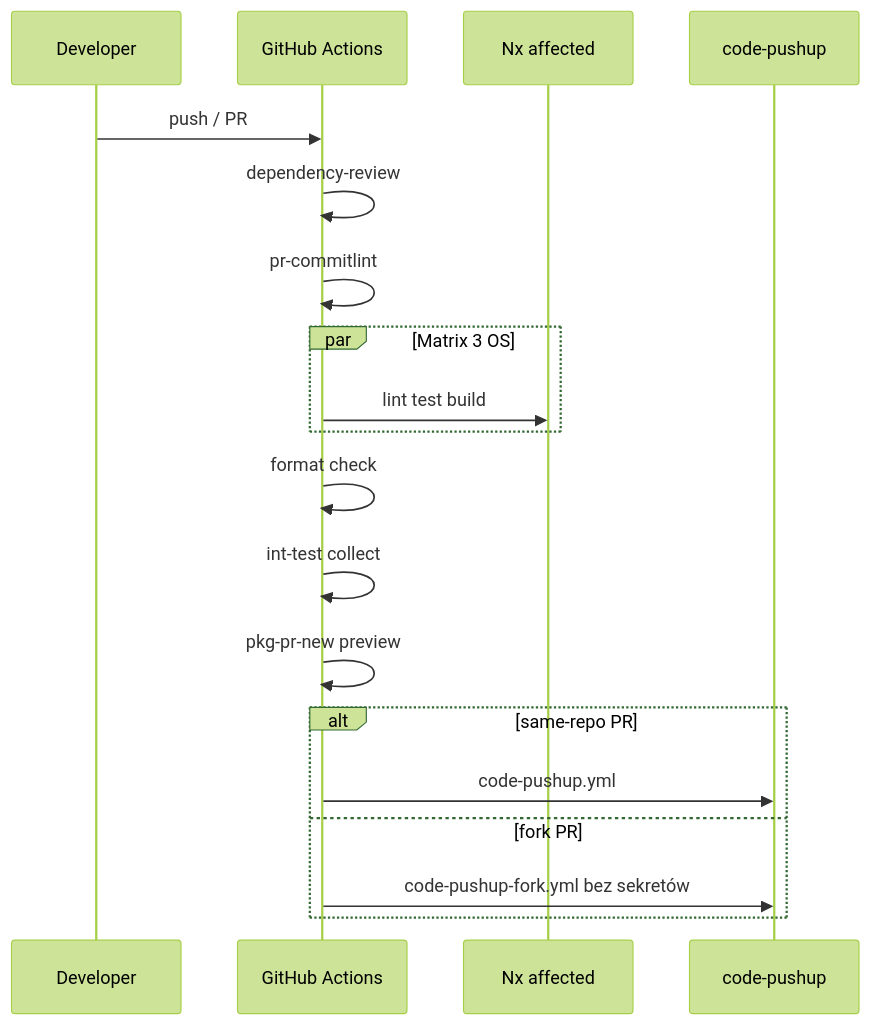
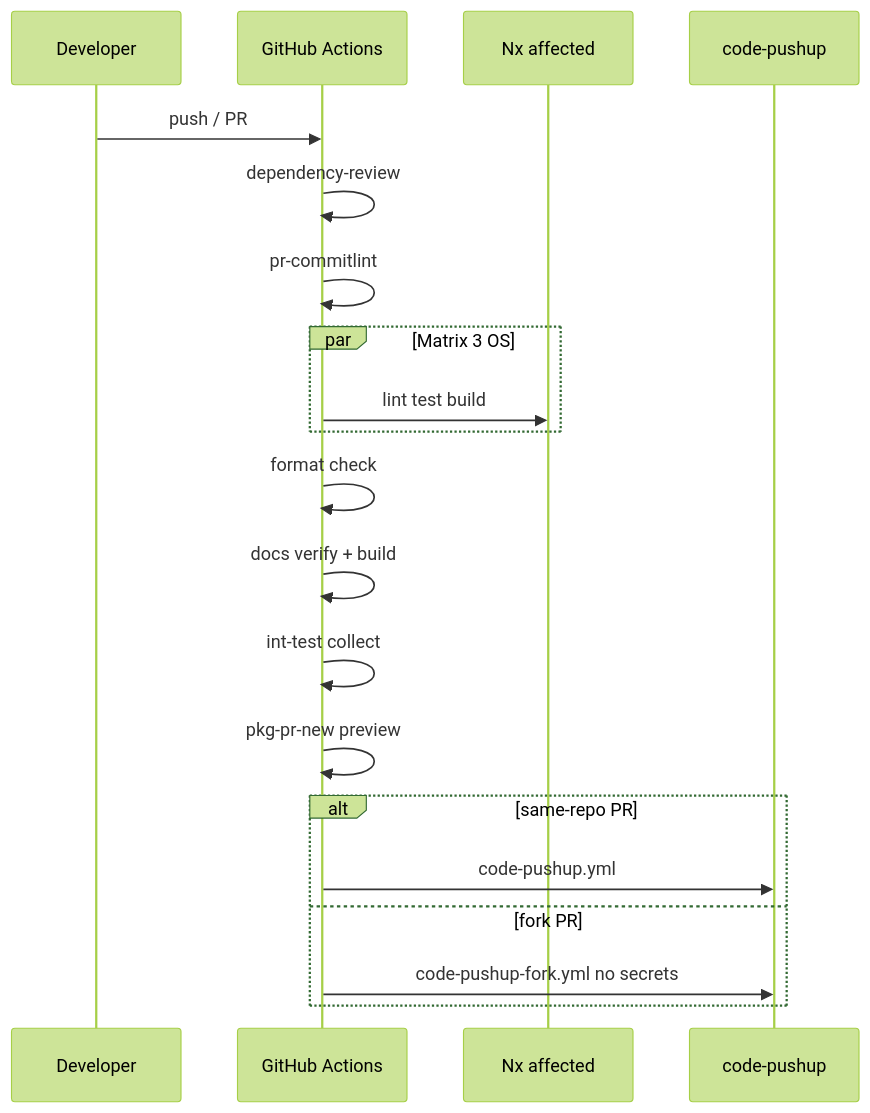
The second of 5 diagrams in apps/docs/src/content/docs/project/monorepo-ci.md (kacperpaczos/Awesome-Pushup-Standards), drawn with Mermaid (forest theme) before and after one commit. The commit also changed other lines of this file and 1 other file, not shown here.

````diff
--- a/apps/docs/src/content/docs/project/monorepo-ci.md
+++ b/apps/docs/src/content/docs/project/monorepo-ci.md
@@ -45,22 +45,23 @@
 ```mermaid
 sequenceDiagram
   participant Dev as Developer
   participant GH as GitHub Actions
   participant Nx as Nx affected
   participant CP as code-pushup
 
   Dev->>GH: push / PR
   GH->>GH: dependency-review
   GH->>GH: pr-commitlint
   par Matrix 3 OS
     GH->>Nx: lint test build
   end
   GH->>GH: format check
+  GH->>GH: docs verify + build
   GH->>GH: int-test collect
   GH->>GH: pkg-pr-new preview
   alt same-repo PR
     GH->>CP: code-pushup.yml
   else fork PR
-    GH->>CP: code-pushup-fork.yml bez sekretów
+    GH->>CP: code-pushup-fork.yml no secrets
   end
 ```
````
